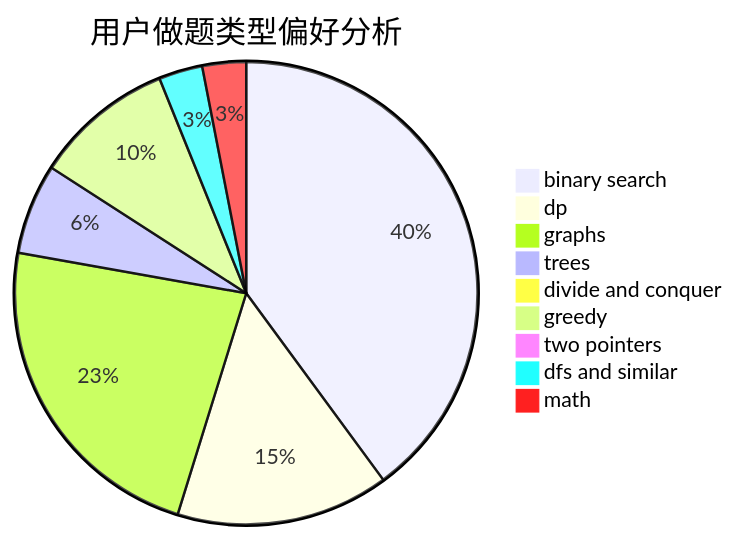
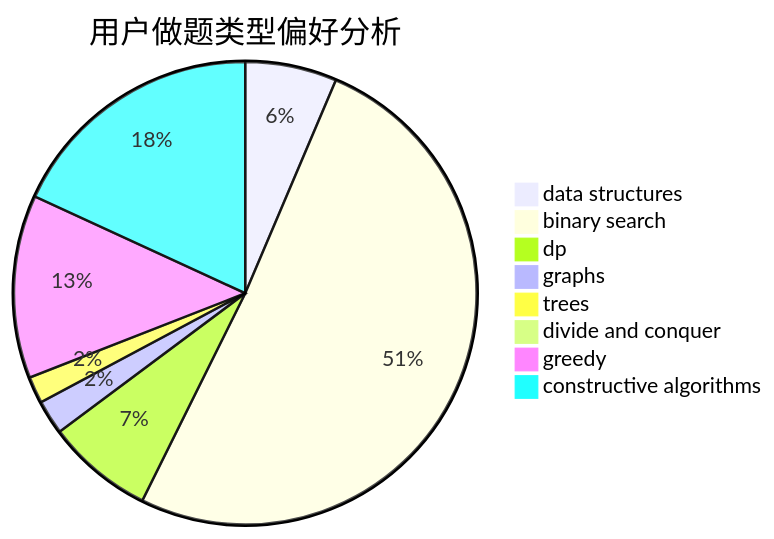
The second of 3 diagrams in docs/user/u2738.md (sherpahu/cfrs.github.io), drawn with Mermaid before and after one commit. The commit also changed other lines of this file and 2775 other files, not shown here.

````diff
--- a/docs/user/u2738.md
+++ b/docs/user/u2738.md
@@ -23,12 +23,11 @@
 ```mermaid
 pie title 用户做题类型偏好分析
-    "binary search" :  196
-    "dp" :  73
-    "graphs" :  113
-    "trees" :  31
+    "data structures" :  24
+    "binary search" :  191
+    "dp" :  28
+    "graphs" :  9
+    "trees" :  7
     "divide and conquer" :  0
     "greedy" :  48
-    "two pointers" :  0
-    "dfs and similar" :  15
-    "math" :  15
+    "constructive algorithms" :  68
 ```
````
